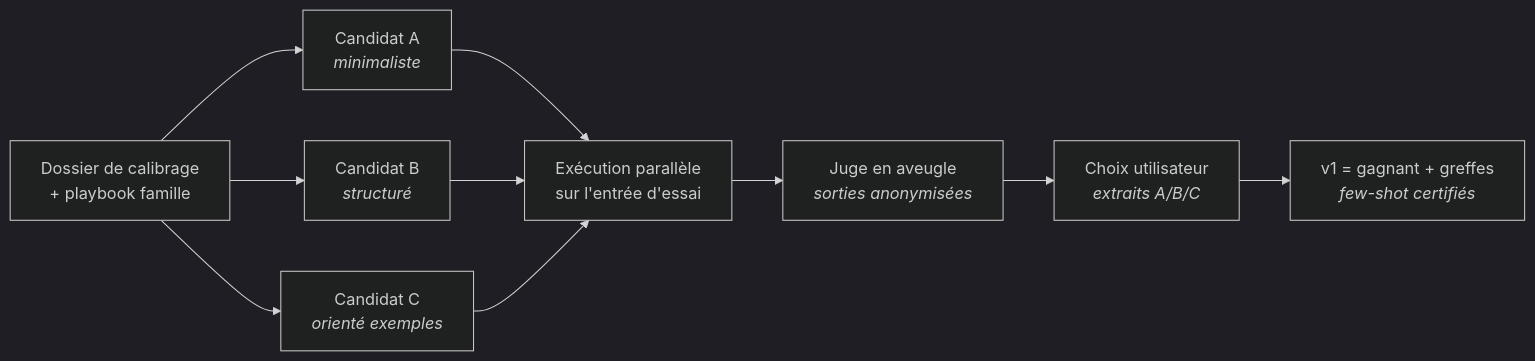
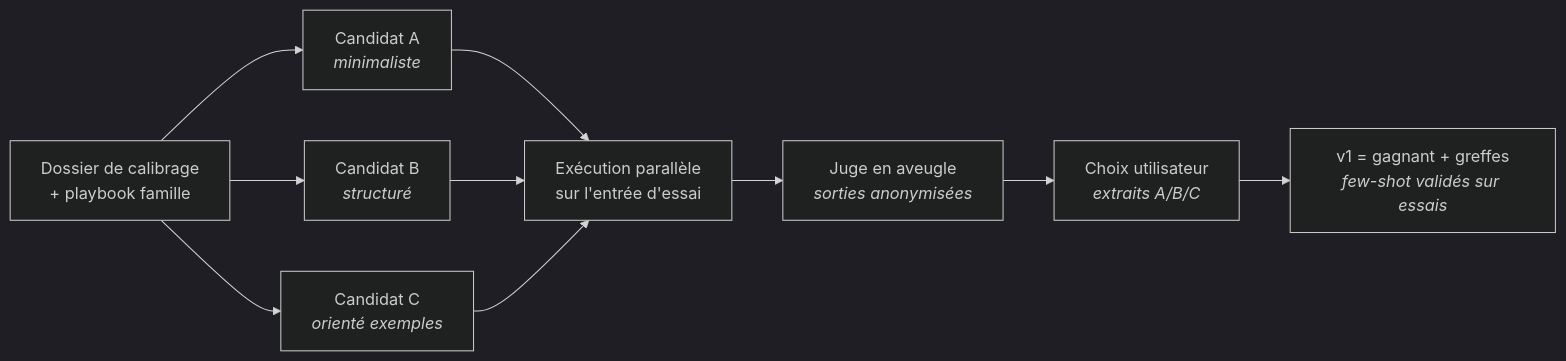
The third of 4 diagrams in docs/ARCHITECTURE.md (alebgl77/promptor), drawn with Mermaid (dark theme) before and after one commit. The commit also changed other lines of this file and 8 other files, not shown here.

````diff
--- a/docs/ARCHITECTURE.md
+++ b/docs/ARCHITECTURE.md
@@ -72,8 +79,8 @@
 ```mermaid
 flowchart LR
     C["Dossier de calibrage<br>+ playbook famille"] --> G1["Candidat A<br><i>minimaliste</i>"] & G2["Candidat B<br><i>structuré</i>"] & G3["Candidat C<br><i>orienté exemples</i>"]
     G1 & G2 & G3 --> X["Exécution parallèle<br>sur l'entrée d'essai"]
     X --> J["Juge en aveugle<br><i>sorties anonymisées</i>"]
     J --> U["Choix utilisateur<br><i>extraits A/B/C</i>"]
-    U --> V1["v1 = gagnant + greffes<br><i>few-shot certifiés</i>"]
+    U --> V1["v1 = gagnant + greffes<br><i>few-shot validés sur essais</i>"]
 ```
````
